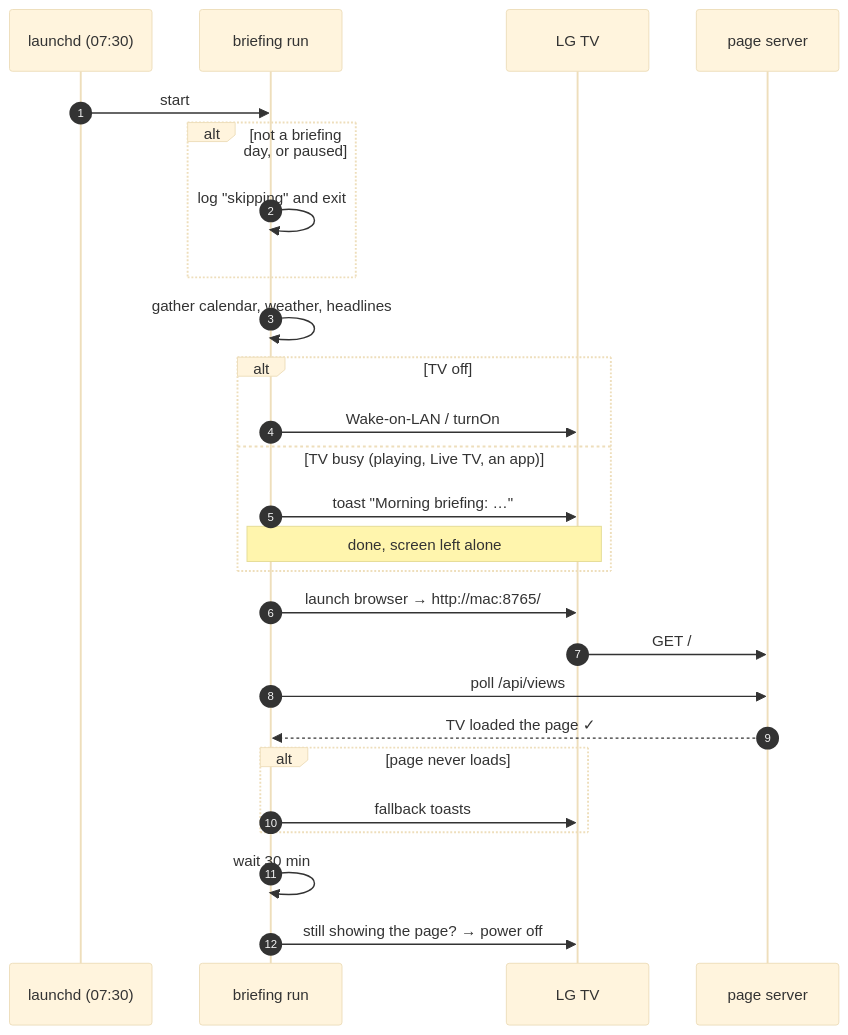
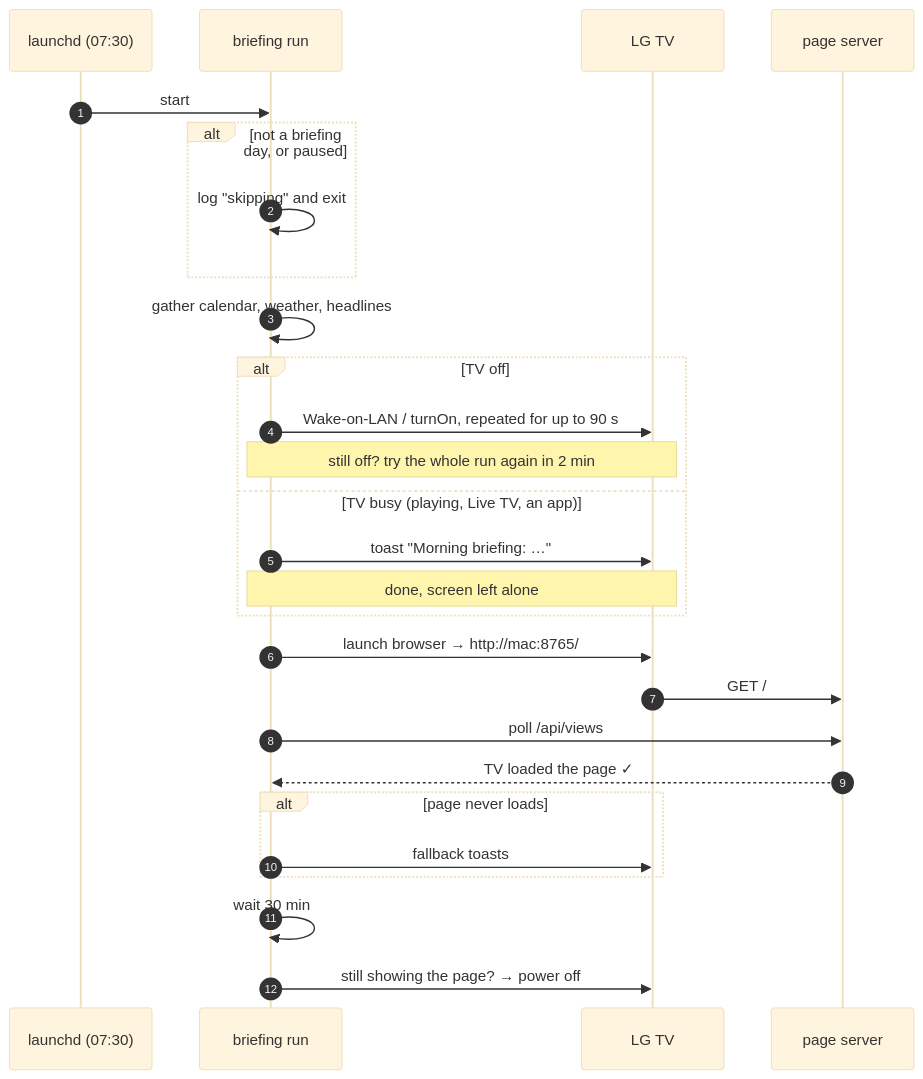
One commit to Laksh-star/lgtv-mcp changed the fourth of 5 diagrams in docs/architecture.md. Above: the diagram before and after it, drawn with Mermaid (base theme). The commit also changed 5 other files, not shown here.

````diff
--- a/docs/architecture.md
+++ b/docs/architecture.md
@@ -116,28 +116,29 @@
 ```mermaid
 sequenceDiagram
     autonumber
     participant L as launchd (07:30)
     participant R as briefing run
     participant TV as LG TV
     participant W as page server
     L->>R: start
     alt not a briefing day, or paused
         R->>R: log "skipping" and exit
     end
     R->>R: gather calendar, weather, headlines
     alt TV off
-        R->>TV: Wake-on-LAN / turnOn
+        R->>TV: Wake-on-LAN / turnOn, repeated for up to 90 s
+        Note over R,TV: still off? try the whole run again in 2 min
     else TV busy (playing, Live TV, an app)
         R->>TV: toast "Morning briefing: …"
         Note over R,TV: done, screen left alone
     end
     R->>TV: launch browser → http://mac:8765/
     TV->>W: GET /
     R->>W: poll /api/views
     W-->>R: TV loaded the page ✓
     alt page never loads
         R->>TV: fallback toasts
     end
     R->>R: wait 30 min
     R->>TV: still showing the page? → power off
 ```
````
